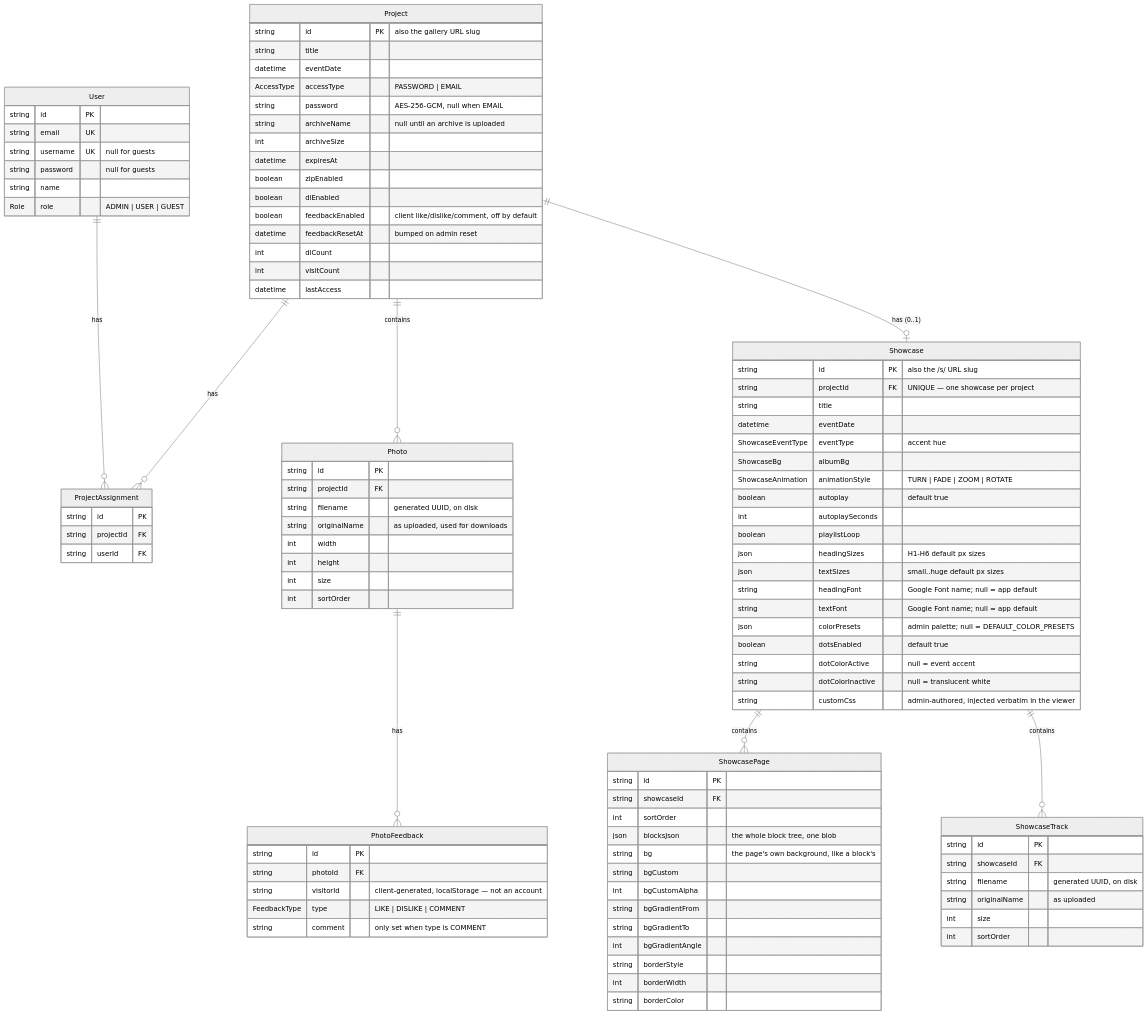
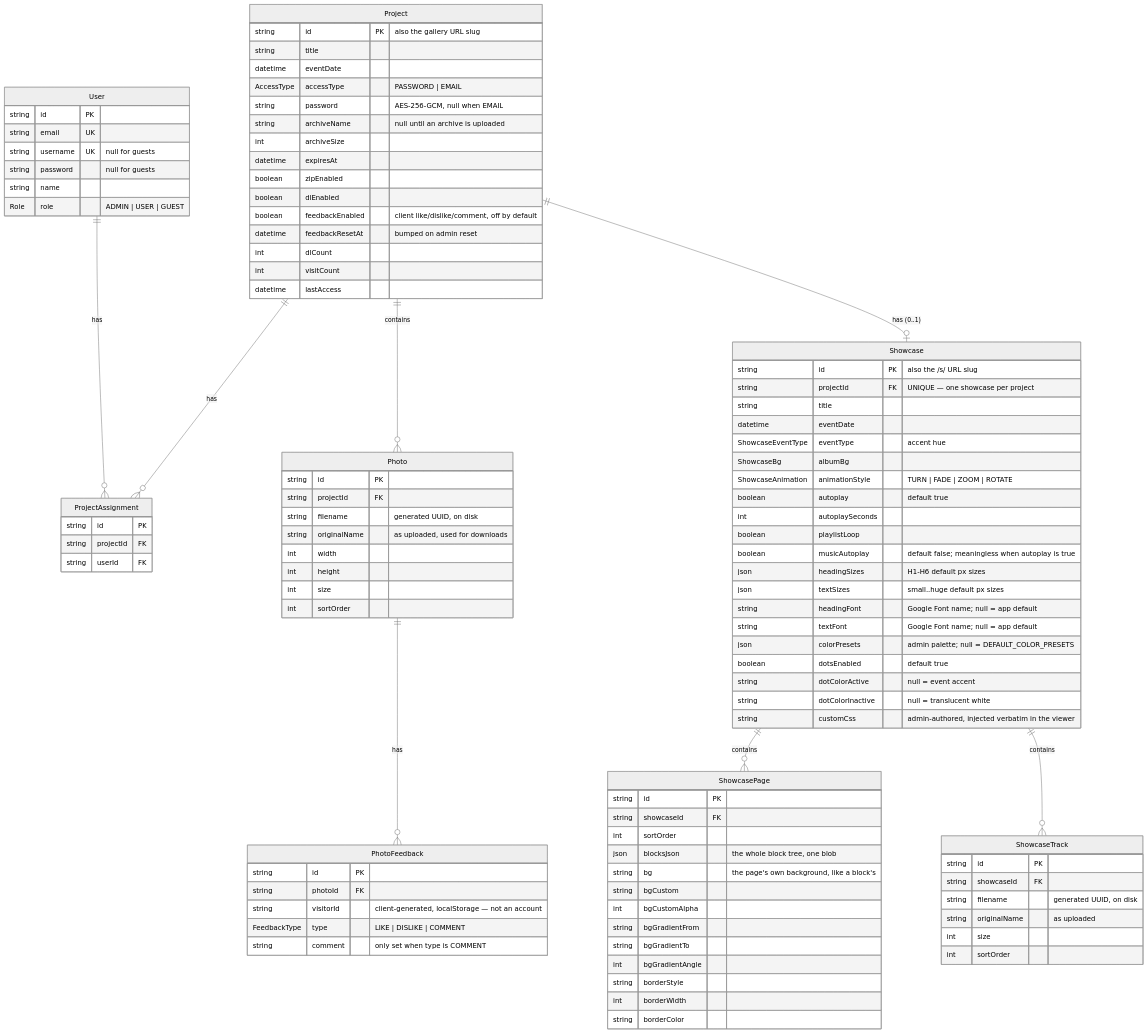
The first of 3 diagrams in ARCHITECTURE.md (Geobusteni/kuvalib), drawn with Mermaid (neutral theme) before and after one commit. The commit also changed other lines of this file and 21 other files, not shown here.

First line of the commit message:
Showcase: full box-shadow controls, magnetic snapping, music autoplay modes; bump to 1.10.0

```diff
--- a/ARCHITECTURE.md
+++ b/ARCHITECTURE.md
@@ -211,6 +211,7 @@
         boolean autoplay "default true"
         int autoplaySeconds
         boolean playlistLoop
+        boolean musicAutoplay "default false; meaningless when autoplay is true"
         json headingSizes "H1-H6 default px sizes"
         json textSizes "small..huge default px sizes"
         string headingFont "Google Font name; null = app default"
```
